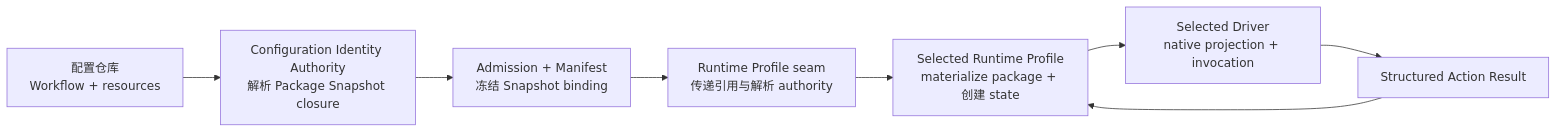
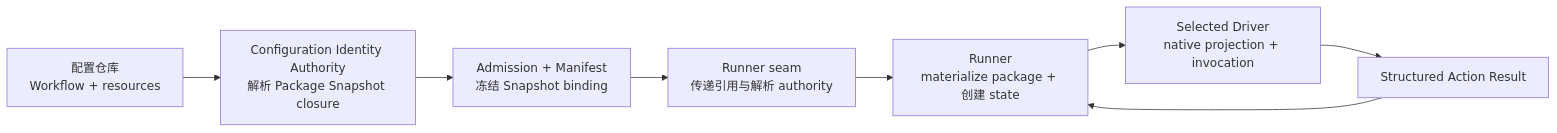
The first of 2 diagrams in docs/workflow-composition-model.md (firestige/workflow-self-recursive), drawn with Mermaid before and after one commit. The commit also changed other lines of this file and 28 other files, not shown here.

````diff
--- a/docs/workflow-composition-model.md
+++ b/docs/workflow-composition-model.md
@@ -130,10 +130,10 @@
 ```mermaid
 flowchart LR
     Repo["配置仓库<br/>Workflow + resources"] --> Resolve["Configuration Identity Authority<br/>解析 Package Snapshot closure"]
     Resolve --> Admit["Admission + Manifest<br/>冻结 Snapshot binding"]
-    Admit --> Seam["Runtime Profile seam<br/>传递引用与解析 authority"]
-    Seam --> Runtime["Selected Runtime Profile<br/>materialize package + 创建 state"]
-    Runtime --> Driver["Selected Driver<br/>native projection + invocation"]
+    Admit --> Seam["Runner seam<br/>传递引用与解析 authority"]
+    Seam --> Runner["Runner<br/>materialize package + 创建 state"]
+    Runner --> Driver["Selected Driver<br/>native projection + invocation"]
     Driver --> Result["Structured Action Result"]
-    Result --> Runtime
+    Result --> Runner
 ```
````
